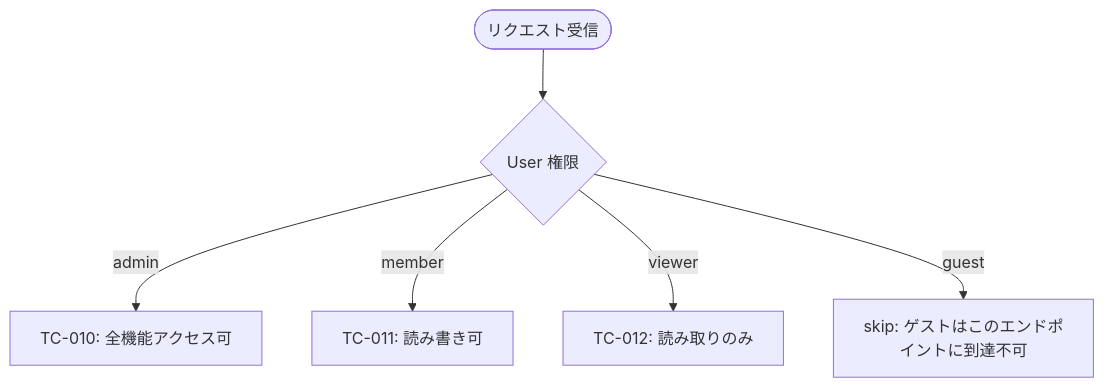
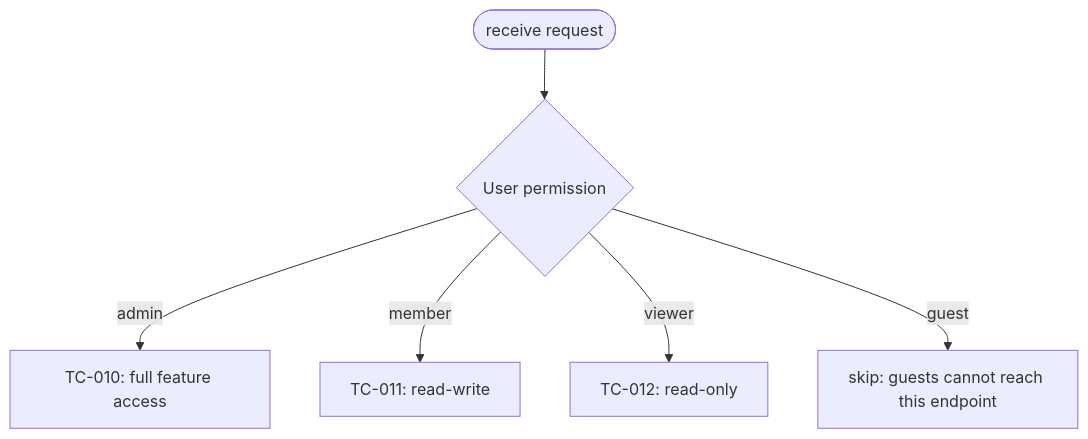
The second of 5 diagrams in plugins/dev-workflow/skills/share-artifacts/references/qa-flow.md (totto2727-org/monorepo), drawn with Mermaid before and after one commit. The commit also changed other lines of this file and 37 other files, not shown here.

````diff
--- a/plugins/dev-workflow/skills/share-artifacts/references/qa-flow.md
+++ b/plugins/dev-workflow/skills/share-artifacts/references/qa-flow.md
@@ -112,8 +112,8 @@
 ```mermaid
 flowchart TD
-  Start([リクエスト受信]) --> R{User 権限}
-  R -->|admin| TC10[TC-010: 全機能アクセス可]
-  R -->|member| TC11[TC-011: 読み書き可]
-  R -->|viewer| TC12[TC-012: 読み取りのみ]
-  R -->|guest| Skip[skip: ゲストはこのエンドポイントに到達不可]
+  Start([receive request]) --> R{User permission}
+  R -->|admin| TC10[TC-010: full feature access]
+  R -->|member| TC11[TC-011: read-write]
+  R -->|viewer| TC12[TC-012: read-only]
+  R -->|guest| Skip[skip: guests cannot reach this endpoint]
 ```
````
